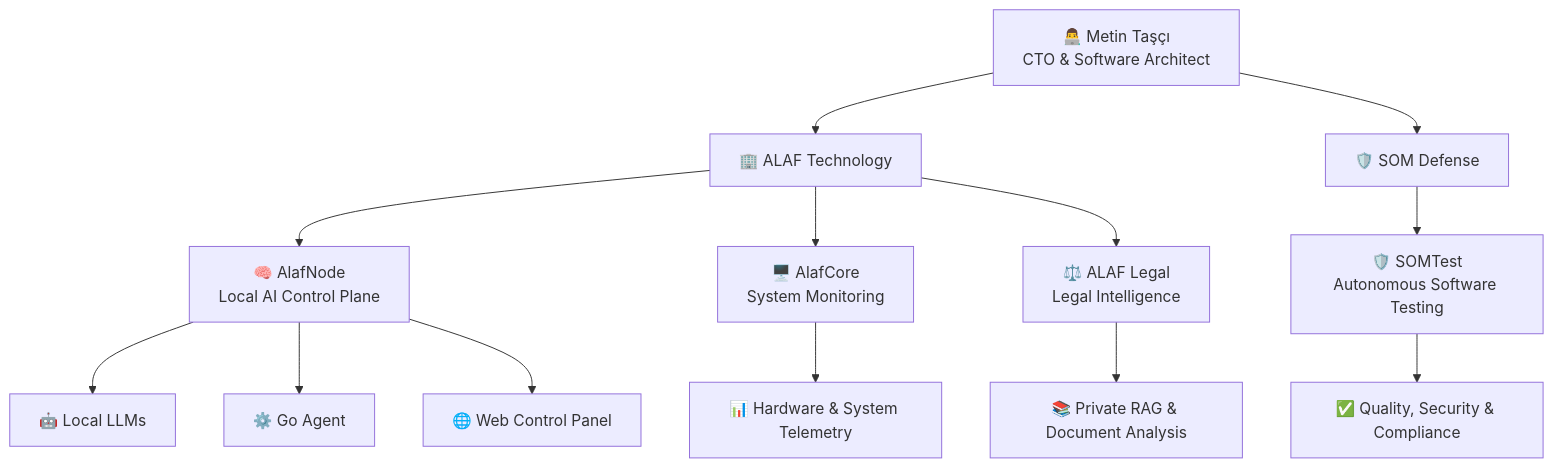
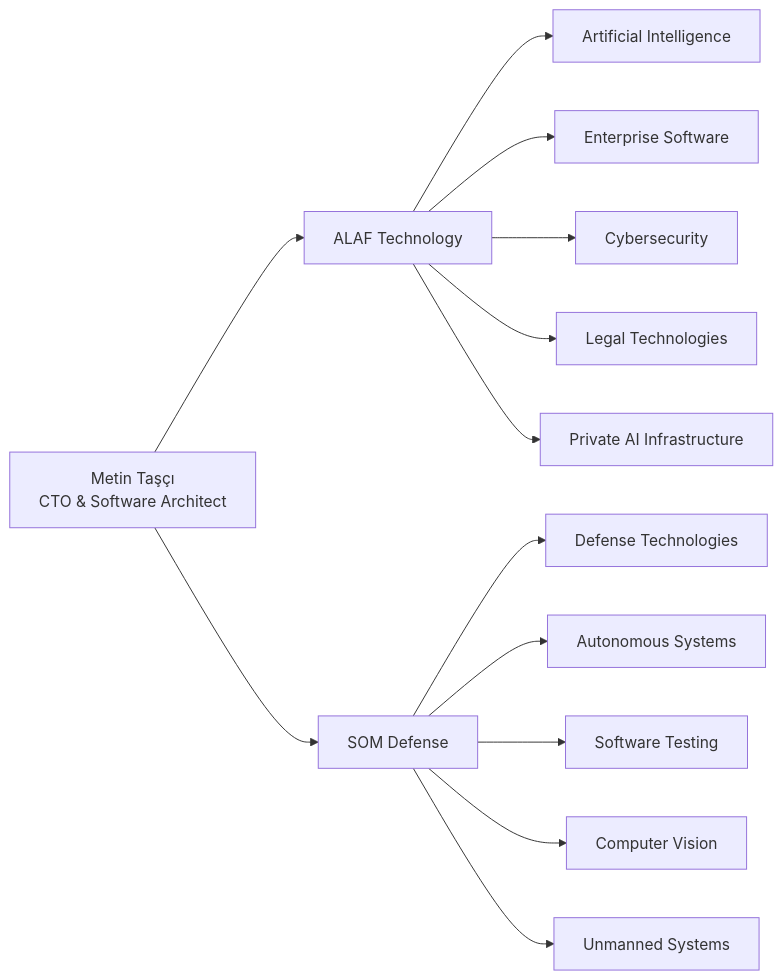
Before and after one commit to mtntasci/mtntasci: the first of 5 diagrams in README.md, drawn with Mermaid. The commit also changed other lines of this file, not shown here.

````diff
--- a/README.md
+++ b/README.md
@@ -22,21 +29,19 @@
 ```mermaid
-flowchart TD
-    MT["👨‍💻 Metin Taşçı<br/>CTO & Software Architect"]
+flowchart LR
+    MT["Metin Taşçı<br/>CTO & Software Architect"]
 
-    MT --> ALAF["🏢 ALAF Technology"]
-    MT --> SOM["🛡️ SOM Defense"]
+    MT --> ALAF["ALAF Technology"]
+    MT --> SOM["SOM Defense"]
 
-    ALAF --> NODE["🧠 AlafNode<br/>Local AI Control Plane"]
-    ALAF --> CORE["🖥️ AlafCore<br/>System Monitoring"]
-    ALAF --> LEGAL["⚖️ ALAF Legal<br/>Legal Intelligence"]
+    ALAF --> AI["Artificial Intelligence"]
+    ALAF --> SW["Enterprise Software"]
+    ALAF --> CYBER["Cybersecurity"]
+    ALAF --> LEGAL["Legal Technologies"]
+    ALAF --> INFRA["Private AI Infrastructure"]
 
-    SOM --> TEST["🛡️ SOMTest<br/>Autonomous Software Testing"]
-
-    NODE --> LLM["🤖 Local LLMs"]
-    NODE --> AGENT["⚙️ Go Agent"]
-    NODE --> PANEL["🌐 Web Control Panel"]
-
-    CORE --> MONITORING["📊 Hardware & System Telemetry"]
-    LEGAL --> RAG["📚 Private RAG & Document Analysis"]
-    TEST --> QA["✅ Quality, Security & Compliance"]
+    SOM --> DEFENSE["Defense Technologies"]
+    SOM --> AUTONOMOUS["Autonomous Systems"]
+    SOM --> TESTING["Software Testing"]
+    SOM --> VISION["Computer Vision"]
+    SOM --> DRONE["Unmanned Systems"]
 ```
````
